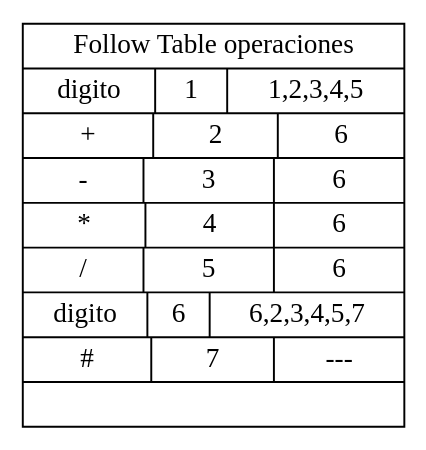
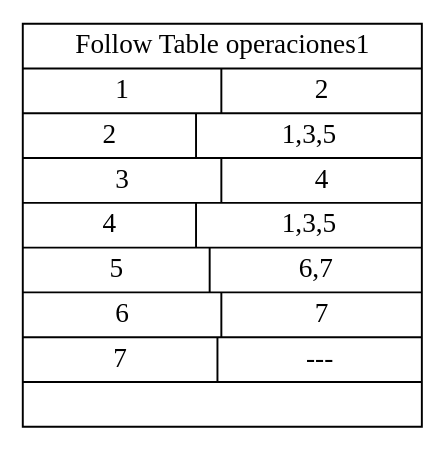
One commit to elJuanjoRamos/OLC1_Practica1 changed the diagram in table.dot. Above: the diagram before and after it, drawn with Graphviz. The commit also changed 22 other files, not shown here.

```diff
--- a/table.dot
+++ b/table.dot
@@ -1,5 +1,5 @@
 digraph grafica{
 rankdir=TB;
 node [shape = record, style=filled, fillcolor=white];
-nodo2 [ label ="{ Follow Table operaciones|{digito|<here> 1|1,2,3,4,5}|{ + |<here> 2|6}|{ - |<here> 3|6}|{ * |<here> 4|6}|{ / |<here> 5|6}|{digito|<here> 6|6,2,3,4,5,7}|{#|<here> 7|---}|}"];
+nodo3 [ label ="{ Follow Table operaciones1|{<here> 1|2}|{<here> 2|1,3,5}|{<here> 3|4}|{<here> 4|1,3,5}|{<here> 5|6,7}|{<here> 6|7}|{<here> 7|---}|}"];
 }
```
